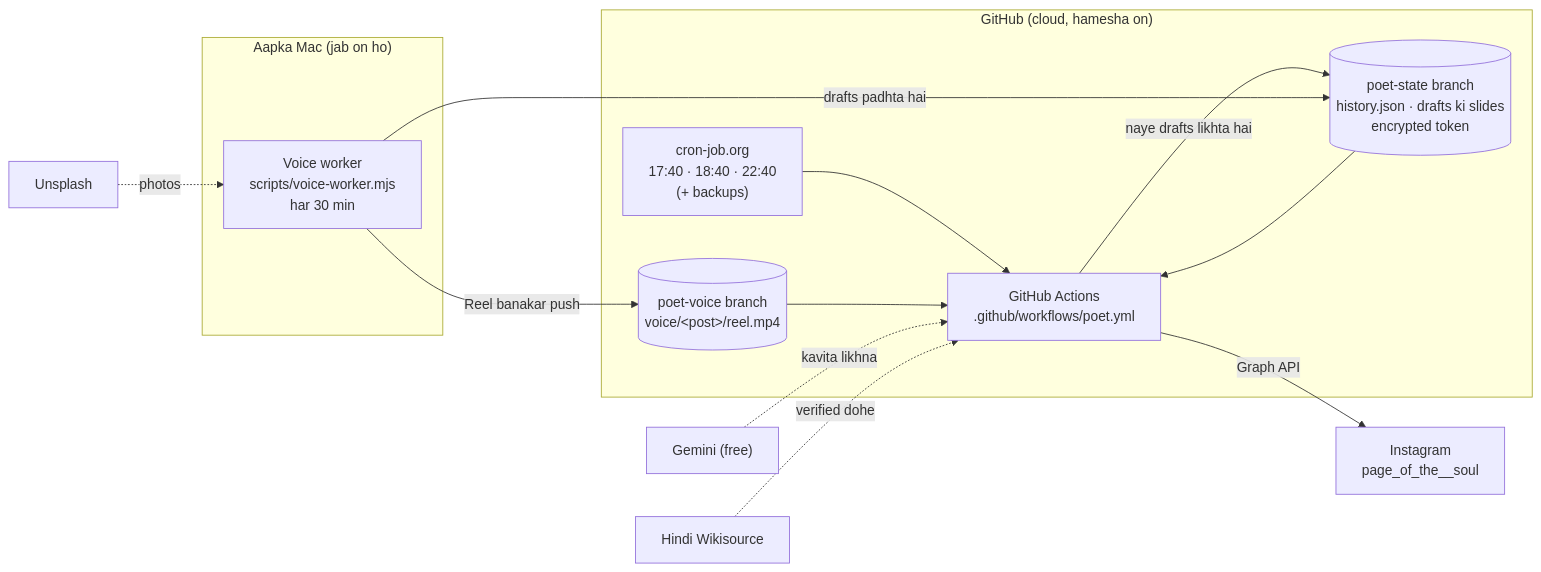
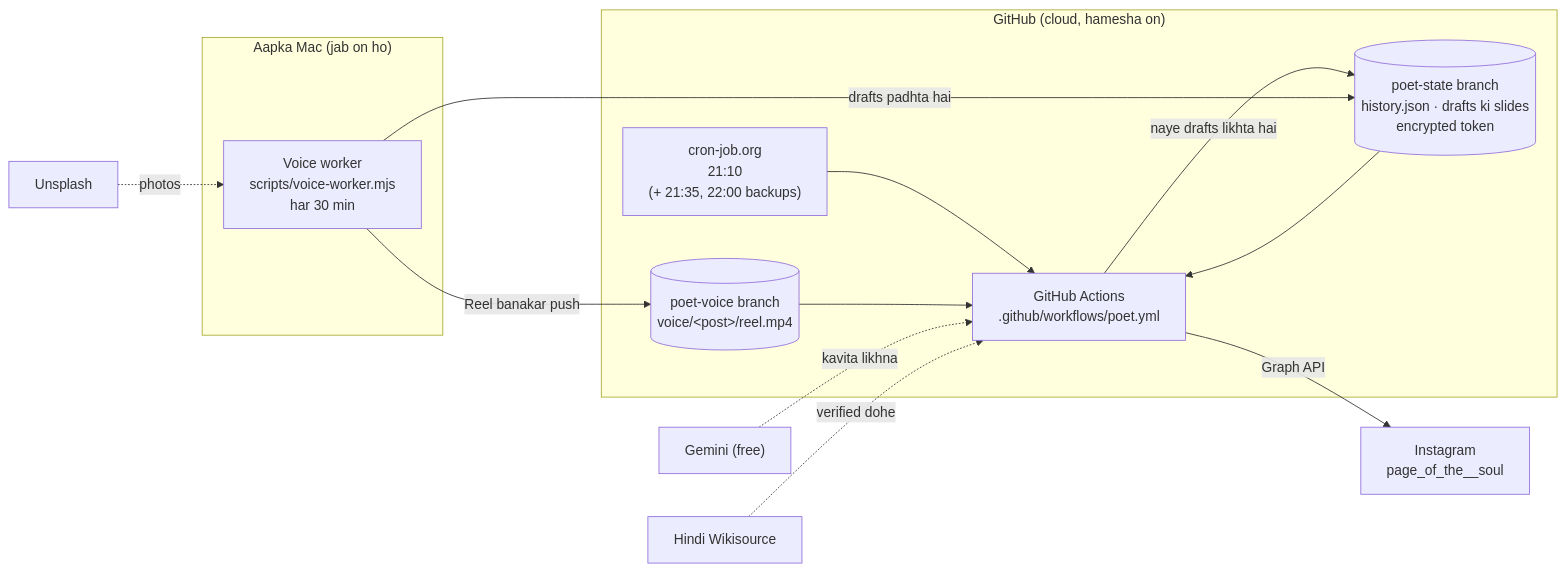
Before and after one commit to RaghvendraSinghChandel/page-of-the-soul-poetry: the diagram in README.md, drawn with Mermaid. The commit also changed other lines of this file and 8 other files, not shown here.

````diff
--- a/README.md
+++ b/README.md
@@ -18,17 +17,17 @@
 ```mermaid
 flowchart LR
   subgraph GH["GitHub (cloud, hamesha on)"]
-    CRON["cron-job.org<br/>17:40 · 18:40 · 22:40<br/>(+ backups)"] --> WF["GitHub Actions<br/>.github/workflows/poet.yml"]
+    CRON["cron-job.org<br/>21:10<br/>(+ 21:35, 22:00 backups)"] --> WF["GitHub Actions<br/>.github/workflows/poet.yml"]
     WF -->|naye drafts likhta hai| STATE[("poet-state branch<br/>history.json · drafts ki slides<br/>encrypted token")]
     STATE --> WF
     VOICE[("poet-voice branch<br/>voice/&lt;post&gt;/reel.mp4")] --> WF
   end
   subgraph MAC["Aapka Mac (jab on ho)"]
     W["Voice worker<br/>scripts/voice-worker.mjs<br/>har 30 min"] -->|drafts padhta hai| STATE
     W -->|Reel banakar push| VOICE
   end
   WF -->|Graph API| IG["Instagram<br/>page_of_the__soul"]
   GEM["Gemini (free)"] -.kavita likhna.-> WF
   WS["Hindi Wikisource"] -.verified dohe.-> WF
   UNS["Unsplash"] -.photos.-> W
 ```
````
